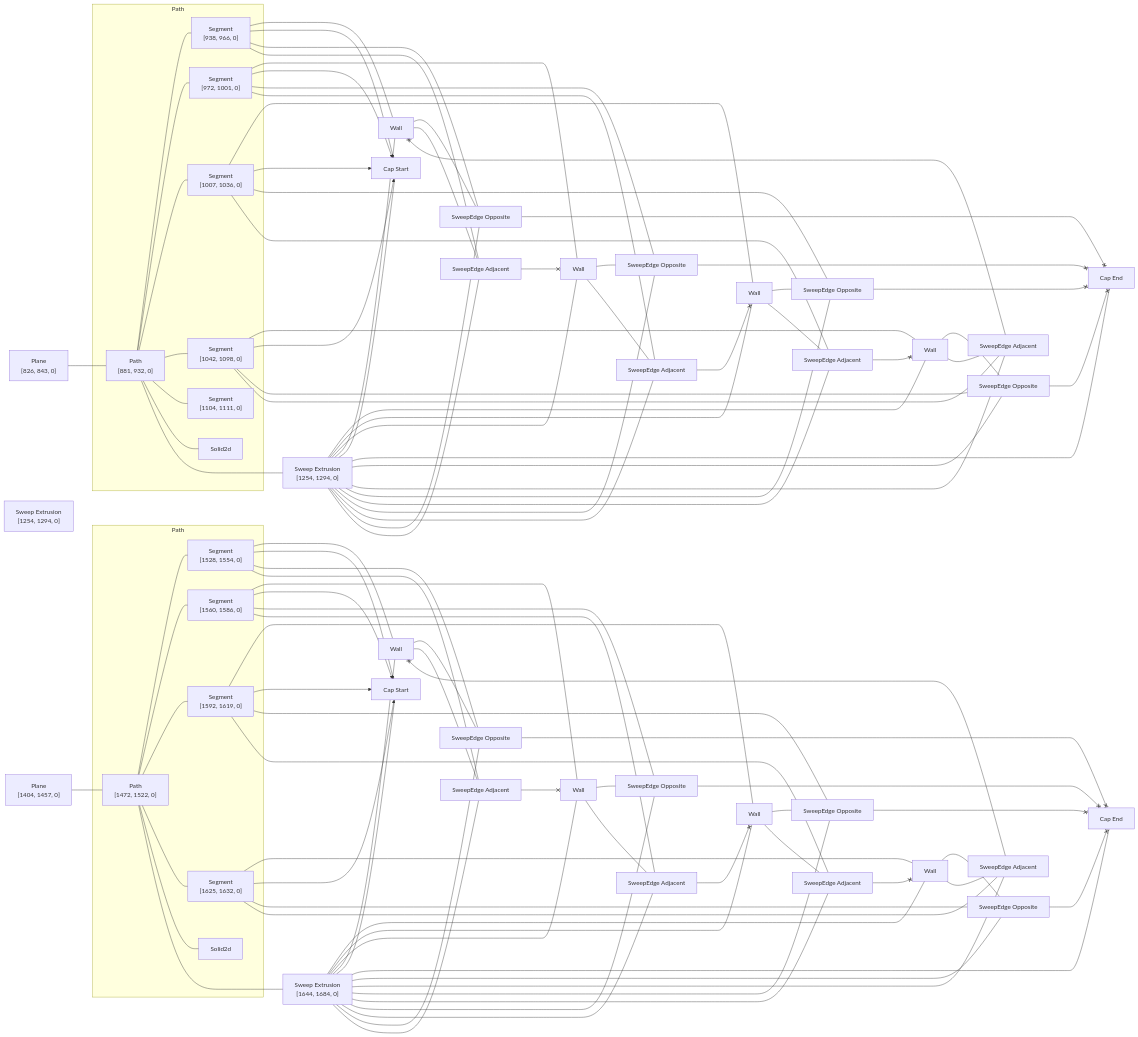
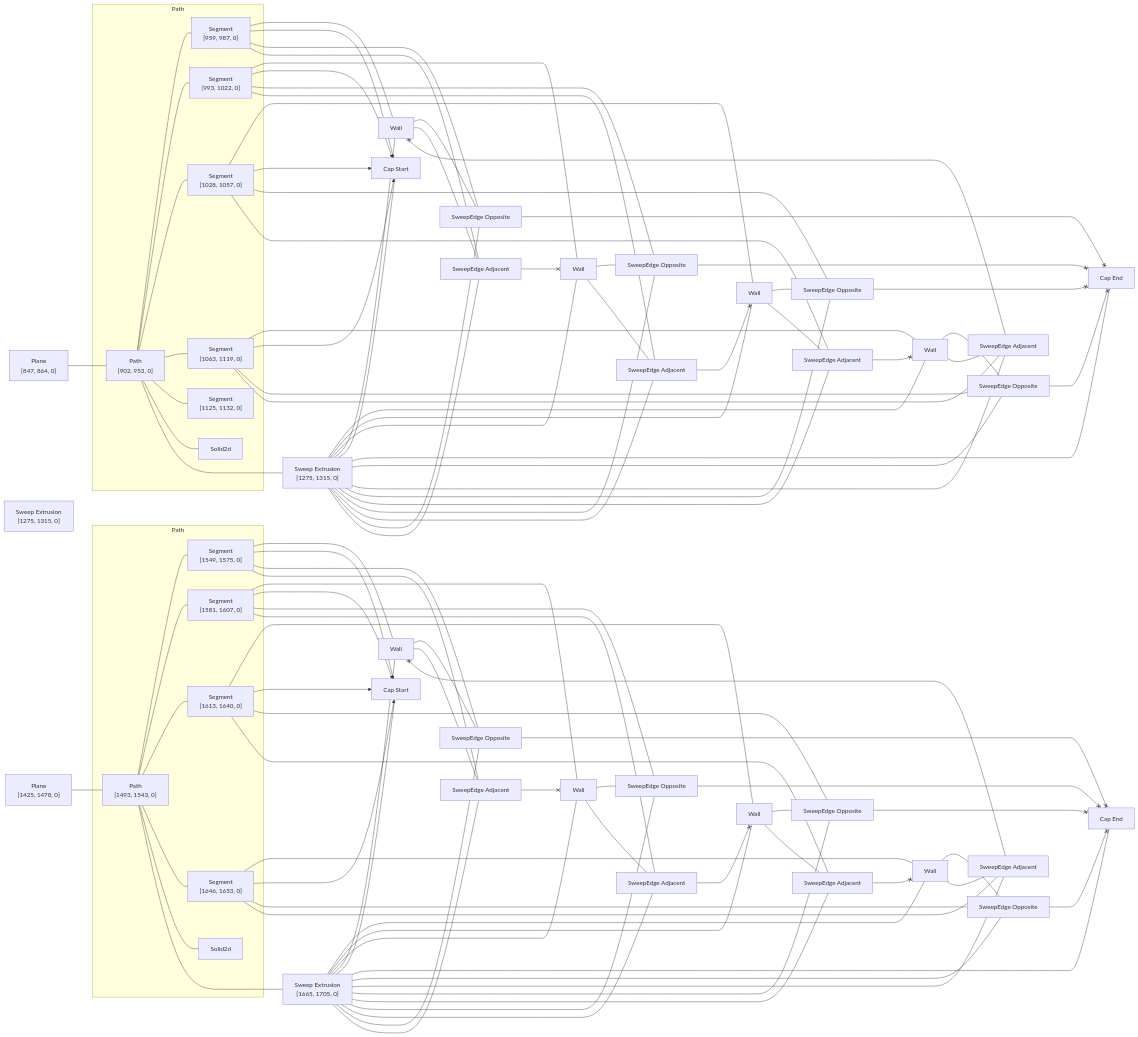
One commit to KittyCAD/modeling-app changed the diagram in rust/kcl-lib/tests/kcl_samples/straight-rung-ladder/artifact_graph_flowchart.snap.md. Above: the diagram before and after it, drawn with Mermaid. The commit also changed 319 other files, not shown here.

````diff
--- a/rust/kcl-lib/tests/kcl_samples/straight-rung-ladder/artifact_graph_flowchart.snap.md
+++ b/rust/kcl-lib/tests/kcl_samples/straight-rung-ladder/artifact_graph_flowchart.snap.md
@@ -1,36 +1,36 @@
 ```mermaid
 flowchart LR
   subgraph path2 [Path]
-    2["Path<br>[881, 932, 0]"]
+    2["Path<br>[902, 953, 0]"]
       %% [ProgramBodyItem { index: 10 }, VariableDeclarationDeclaration, VariableDeclarationInit, PipeBodyItem { index: 0 }]
-    3["Segment<br>[938, 966, 0]"]
+    3["Segment<br>[959, 987, 0]"]
       %% [ProgramBodyItem { index: 10 }, VariableDeclarationDeclaration, VariableDeclarationInit, PipeBodyItem { index: 1 }]
-    4["Segment<br>[972, 1001, 0]"]
+    4["Segment<br>[993, 1022, 0]"]
       %% [ProgramBodyItem { index: 10 }, VariableDeclarationDeclaration, VariableDeclarationInit, PipeBodyItem { index: 2 }]
-    5["Segment<br>[1007, 1036, 0]"]
+    5["Segment<br>[1028, 1057, 0]"]
       %% [ProgramBodyItem { index: 10 }, VariableDeclarationDeclaration, VariableDeclarationInit, PipeBodyItem { index: 3 }]
-    6["Segment<br>[1042, 1098, 0]"]
+    6["Segment<br>[1063, 1119, 0]"]
       %% [ProgramBodyItem { index: 10 }, VariableDeclarationDeclaration, VariableDeclarationInit, PipeBodyItem { index: 4 }]
-    7["Segment<br>[1104, 1111, 0]"]
+    7["Segment<br>[1125, 1132, 0]"]
       %% [ProgramBodyItem { index: 10 }, VariableDeclarationDeclaration, VariableDeclarationInit, PipeBodyItem { index: 5 }]
     8[Solid2d]
   end
   subgraph path26 [Path]
-    26["Path<br>[1472, 1522, 0]"]
+    26["Path<br>[1493, 1543, 0]"]
       %% [ProgramBodyItem { index: 13 }, VariableDeclarationDeclaration, VariableDeclarationInit, PipeBodyItem { index: 0 }]
-    27["Segment<br>[1528, 1554, 0]"]
+    27["Segment<br>[1549, 1575, 0]"]
       %% [ProgramBodyItem { index: 13 }, VariableDeclarationDeclaration, VariableDeclarationInit, PipeBodyItem { index: 1 }]
-    28["Segment<br>[1560, 1586, 0]"]
+    28["Segment<br>[1581, 1607, 0]"]
       %% [ProgramBodyItem { index: 13 }, VariableDeclarationDeclaration, VariableDeclarationInit, PipeBodyItem { index: 2 }]
-    29["Segment<br>[1592, 1619, 0]"]
+    29["Segment<br>[1613, 1640, 0]"]
       %% [ProgramBodyItem { index: 13 }, VariableDeclarationDeclaration, VariableDeclarationInit, PipeBodyItem { index: 3 }]
-    30["Segment<br>[1625, 1632, 0]"]
+    30["Segment<br>[1646, 1653, 0]"]
       %% [ProgramBodyItem { index: 13 }, VariableDeclarationDeclaration, VariableDeclarationInit, PipeBodyItem { index: 4 }]
     31[Solid2d]
   end
-  1["Plane<br>[826, 843, 0]"]
+  1["Plane<br>[847, 864, 0]"]
     %% [ProgramBodyItem { index: 9 }, VariableDeclarationDeclaration, VariableDeclarationInit]
-  9["Sweep Extrusion<br>[1254, 1294, 0]"]
+  9["Sweep Extrusion<br>[1275, 1315, 0]"]
     %% [ProgramBodyItem { index: 11 }, VariableDeclarationDeclaration, VariableDeclarationInit]
   10[Wall]
     %% face_code_ref=Missing NodePath
@@ -52,11 +52,11 @@
   21["SweepEdge Adjacent"]
   22["SweepEdge Opposite"]
   23["SweepEdge Adjacent"]
-  24["Sweep Extrusion<br>[1254, 1294, 0]"]
+  24["Sweep Extrusion<br>[1275, 1315, 0]"]
     %% [ProgramBodyItem { index: 11 }, VariableDeclarationDeclaration, VariableDeclarationInit]
-  25["Plane<br>[1404, 1457, 0]"]
+  25["Plane<br>[1425, 1478, 0]"]
     %% [ProgramBodyItem { index: 12 }, VariableDeclarationDeclaration, VariableDeclarationInit]
-  32["Sweep Extrusion<br>[1644, 1684, 0]"]
+  32["Sweep Extrusion<br>[1665, 1705, 0]"]
     %% [ProgramBodyItem { index: 14 }, VariableDeclarationDeclaration, VariableDeclarationInit]
   33[Wall]
     %% face_code_ref=Missing NodePath
````
